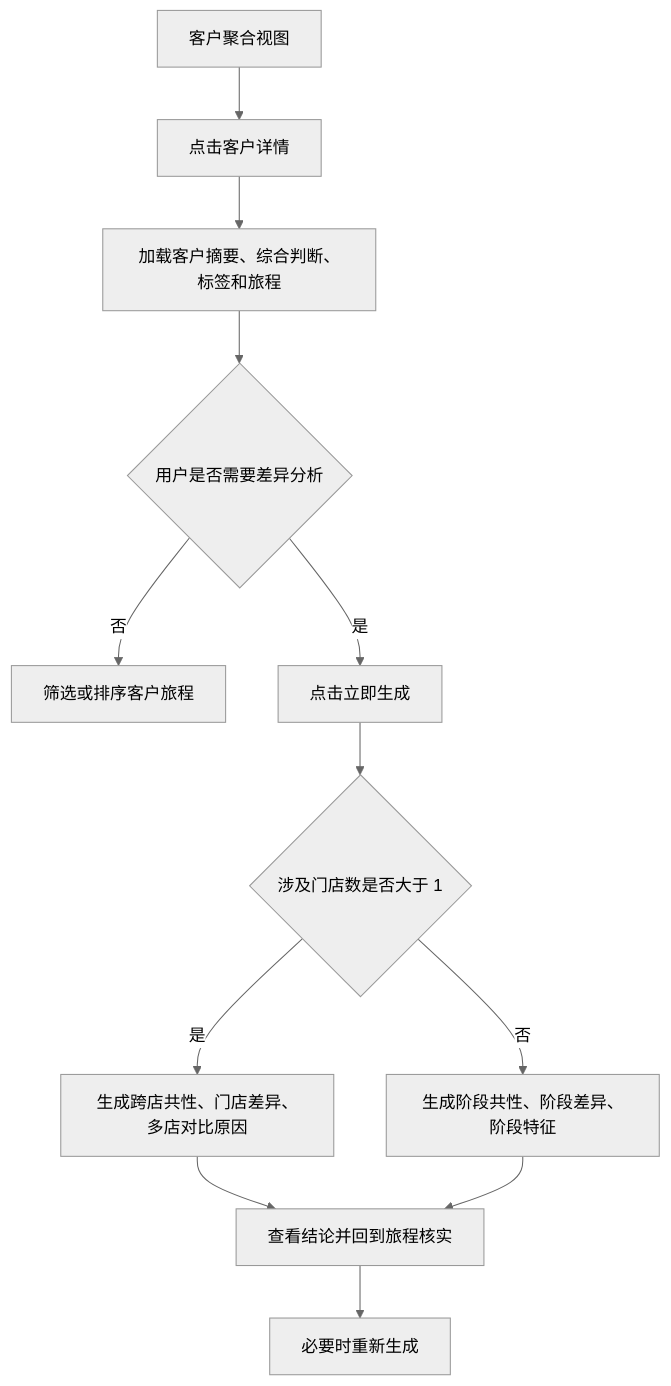
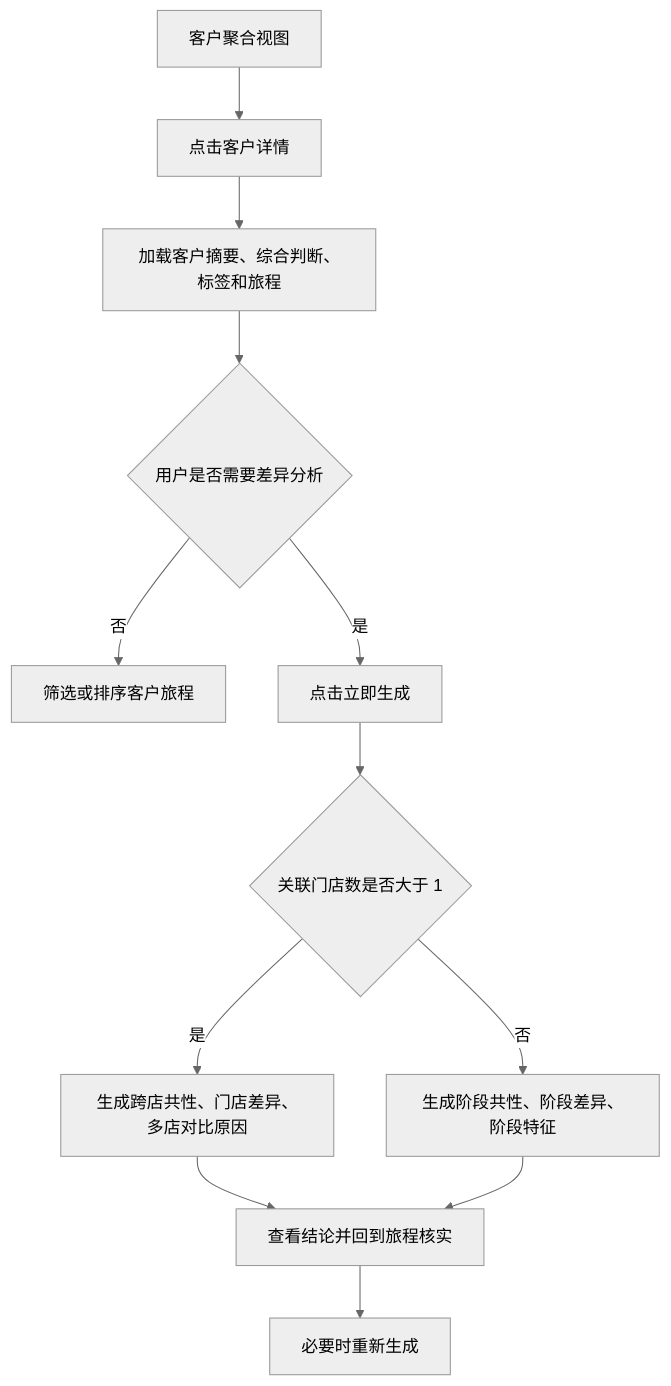
Before and after one commit to JerryTH330/voice-qc: the first of 2 diagrams in docs/customer-detail-prototype-logic.md, drawn with Mermaid (neutral theme). The commit also changed other lines of this file and 5 other files, not shown here.

````diff
--- a/docs/customer-detail-prototype-logic.md
+++ b/docs/customer-detail-prototype-logic.md
@@ -238,14 +232,14 @@
 ```mermaid
 flowchart TD
     A["客户聚合视图"] --> B["点击客户详情"]
     B --> C["加载客户摘要、综合判断、标签和旅程"]
     C --> D{"用户是否需要差异分析"}
     D -- "否" --> E["筛选或排序客户旅程"]
     D -- "是" --> F["点击立即生成"]
-    F --> G{"涉及门店数是否大于 1"}
+    F --> G{"关联门店数是否大于 1"}
     G -- "是" --> H["生成跨店共性、门店差异、多店对比原因"]
     G -- "否" --> I["生成阶段共性、阶段差异、阶段特征"]
     H --> J["查看结论并回到旅程核实"]
     I --> J
     J --> K["必要时重新生成"]
 ```
````
